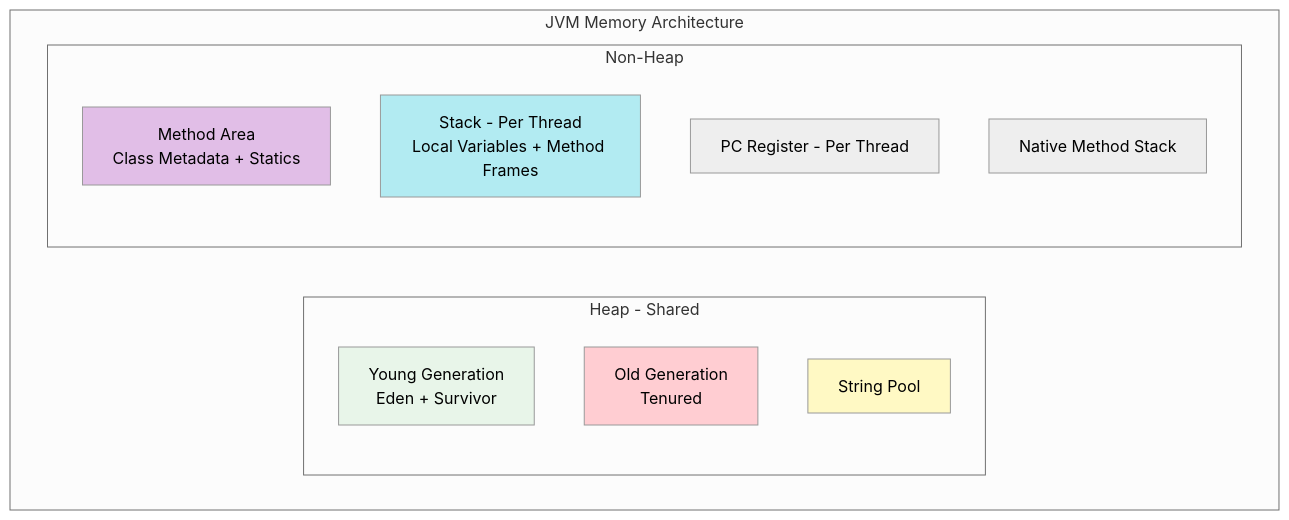
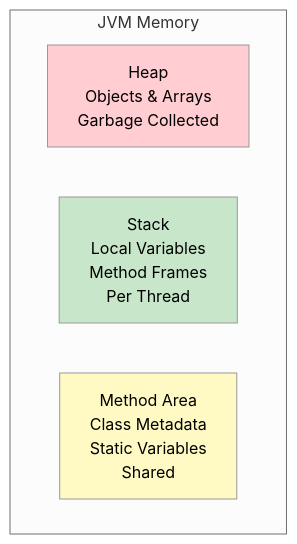
One commit to Himalay-NRHS/OOPS-docs changed the third of 5 diagrams in 00-Java-Basics/Readme.md. Above: the diagram before and after it, drawn with Mermaid (neutral theme). The commit also changed other lines of this file, not shown here.

````diff
--- a/00-Java-Basics/Readme.md
+++ b/00-Java-Basics/Readme.md
@@ -2142,23 +419,12 @@
 ```mermaid
 graph TB
-    subgraph "JVM Memory Architecture"
-        subgraph "Heap - Shared"
-            A[Young Generation<br/>Eden + Survivor]
-            B[Old Generation<br/>Tenured]
-            C[String Pool]
-        end
-        
-        subgraph "Non-Heap"
-            D[Method Area<br/>Class Metadata + Statics]
-            E[Stack - Per Thread<br/>Local Variables + Method Frames]
-            F[PC Register - Per Thread]
-            G[Native Method Stack]
-        end
+    subgraph "JVM Memory"
+        A[Heap<br/>Objects & Arrays<br/>Garbage Collected]
+        B[Stack<br/>Local Variables<br/>Method Frames<br/>Per Thread]
+        C[Method Area<br/>Class Metadata<br/>Static Variables<br/>Shared]
     end
     
-    style A fill:#e8f5e9
-    style B fill:#ffcdd2
+    style A fill:#ffcdd2
+    style B fill:#c8e6c9
     style C fill:#fff9c4
-    style D fill:#e1bee7
-    style E fill:#b2ebf2
 ```
````
